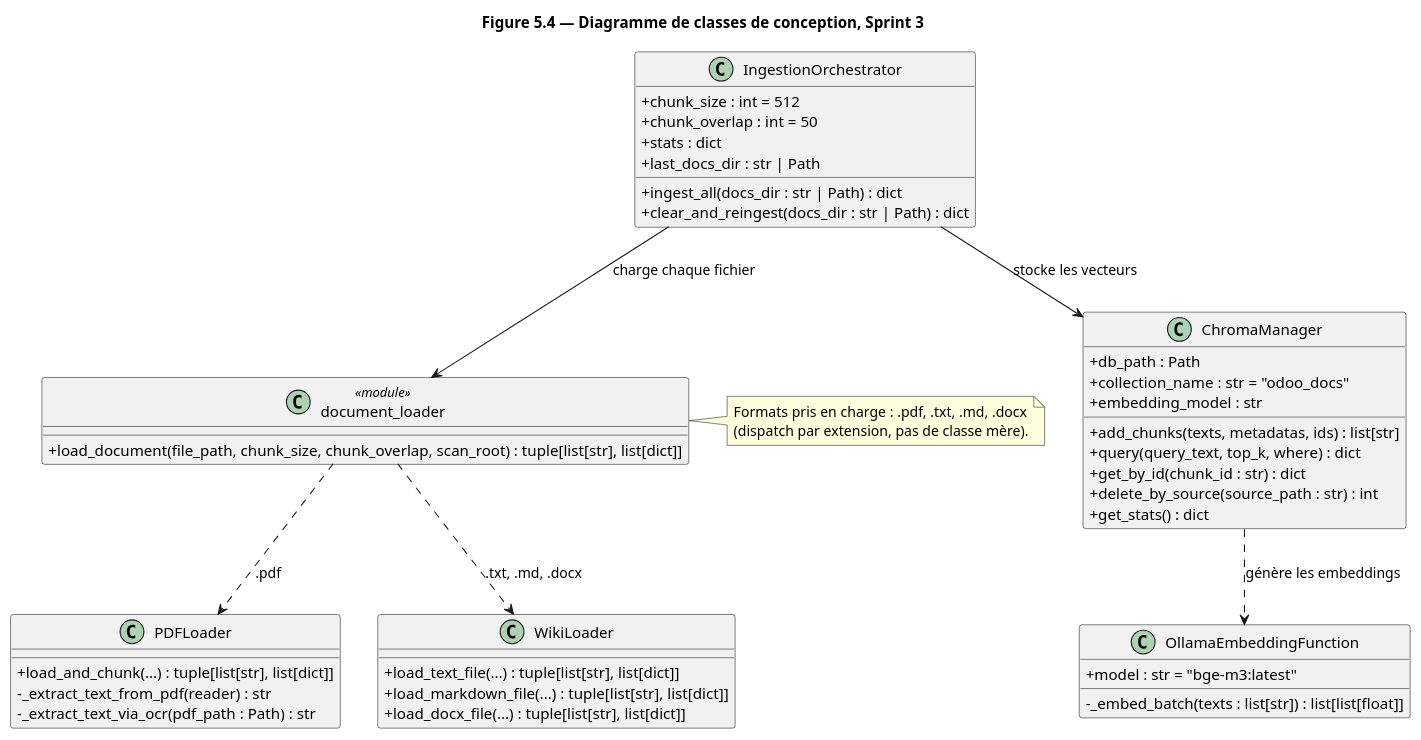
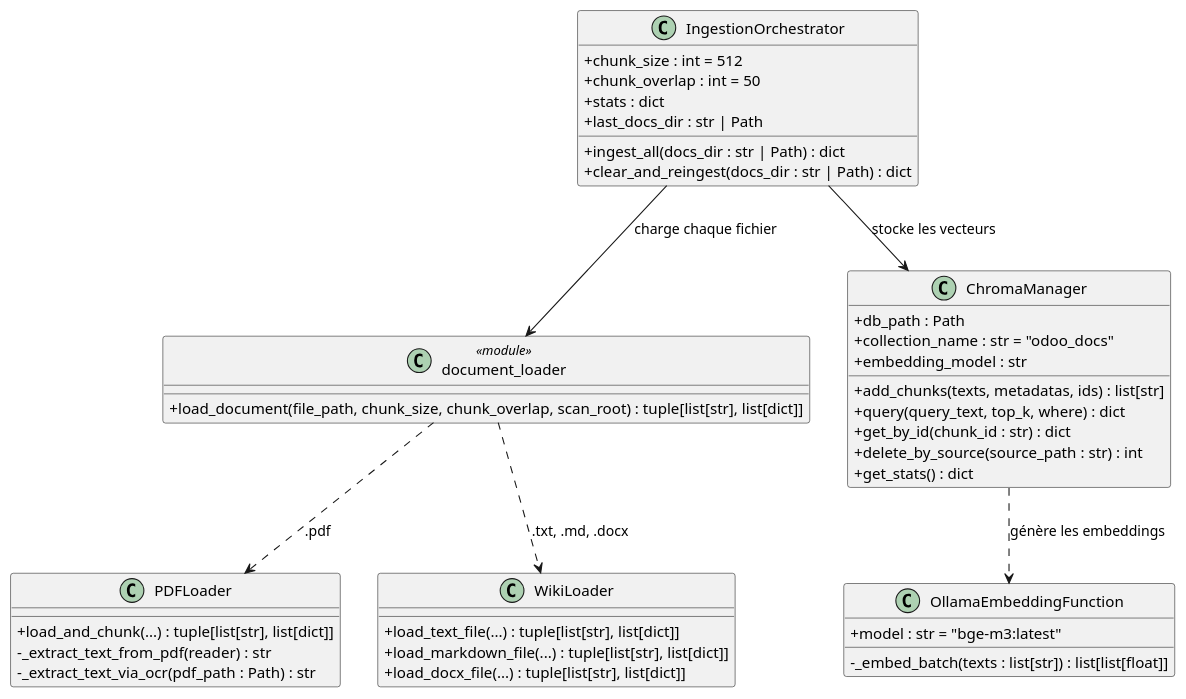
One commit to katsuki2000/odoo-ia-prototype changed the diagram in todo/diagrammes/5_4_classes_sprint3.puml. Above: the diagram before and after it, drawn with PlantUML. The commit also changed 30 other files, not shown here.

```diff
--- a/todo/diagrammes/5_4_classes_sprint3.puml
+++ b/todo/diagrammes/5_4_classes_sprint3.puml
@@ -1,56 +1,50 @@
 @startuml 5_4_classes_sprint3
-title Figure 5.4 — Diagramme de classes de conception, Sprint 3
 skinparam classAttributeIconSize 0
 
 class IngestionOrchestrator {
   +chunk_size : int = 512
   +chunk_overlap : int = 50
   +stats : dict
   +last_docs_dir : str | Path
   +ingest_all(docs_dir : str | Path) : dict
   +clear_and_reingest(docs_dir : str | Path) : dict
 }
 
 class "document_loader" as DocumentLoader <<module>> {
   +load_document(file_path, chunk_size, chunk_overlap, scan_root) : tuple[list[str], list[dict]]
 }
 
 class PDFLoader {
   +load_and_chunk(...) : tuple[list[str], list[dict]]
   -_extract_text_from_pdf(reader) : str
   -_extract_text_via_ocr(pdf_path : Path) : str
 }
 
 class WikiLoader {
   +load_text_file(...) : tuple[list[str], list[dict]]
   +load_markdown_file(...) : tuple[list[str], list[dict]]
   +load_docx_file(...) : tuple[list[str], list[dict]]
 }
 
 class ChromaManager {
   +db_path : Path
   +collection_name : str = "odoo_docs"
   +embedding_model : str
   +add_chunks(texts, metadatas, ids) : list[str]
   +query(query_text, top_k, where) : dict
   +get_by_id(chunk_id : str) : dict
   +delete_by_source(source_path : str) : int
   +get_stats() : dict
 }
 
 class OllamaEmbeddingFunction {
   +model : str = "bge-m3:latest"
   -_embed_batch(texts : list[str]) : list[list[float]]
 }
 
-note right of DocumentLoader
-  Formats pris en charge : .pdf, .txt, .md, .docx
-  (dispatch par extension, pas de classe mère).
-end note
-
 IngestionOrchestrator --> DocumentLoader : charge chaque fichier
 DocumentLoader ..> PDFLoader : .pdf
 DocumentLoader ..> WikiLoader : .txt, .md, .docx
 IngestionOrchestrator --> ChromaManager : stocke les vecteurs
 ChromaManager ..> OllamaEmbeddingFunction : génère les embeddings
 @enduml
```
